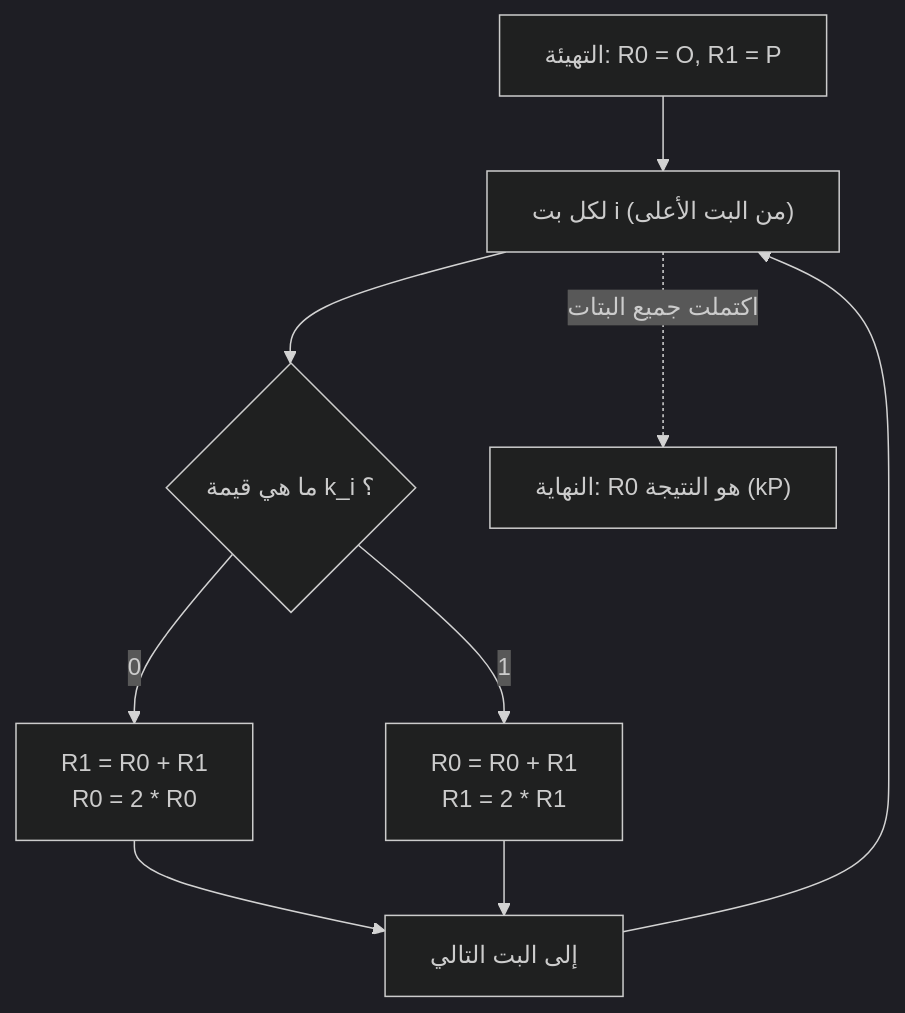
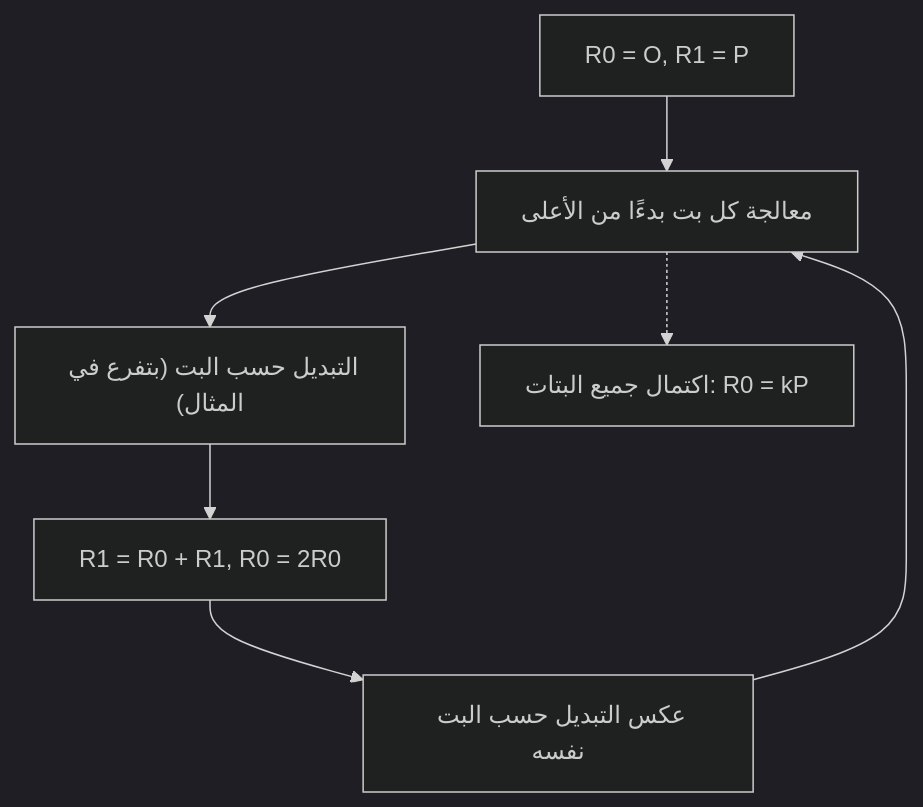
Before and after one commit to kenjinote/blog: the second of 3 diagrams in content/post/楕円曲線暗号の数学的基礎とcppでの実装/index.ar.md, drawn with Mermaid (dark theme). The commit also changed other lines of this file and 6 other files, not shown here.

````diff
--- a/content/post/楕円曲線暗号の数学的基礎とcppでの実装/index.ar.md
+++ b/content/post/楕円曲線暗号の数学的基礎とcppでの実装/index.ar.md
@@ -252,14 +106,9 @@
 ```mermaid
 graph TD
-    Start["التهيئة: R0 = O, R1 = P"] --> LoopStart["لكل بت i (من البت الأعلى)"]
-    LoopStart --> Cond{"ما هي قيمة k_i ؟"}
-    
-    Cond -->|"0"| Branch0["R1 = R0 + R1<br>R0 = 2 * R0"]
-    Cond -->|"1"| Branch1["R0 = R0 + R1<br>R1 = 2 * R1"]
-    
-    Branch0 --> LoopEnd["إلى البت التالي"]
-    Branch1 --> LoopEnd
-    
-    LoopEnd --> LoopStart
-    LoopStart -.->|"اكتملت جميع البتات"| End["النهاية: R0 هو النتيجة (kP)"]
+    A["R0 = O, R1 = P"] --> B["معالجة كل بت بدءًا من الأعلى"]
+    B --> C["التبديل حسب البت (بتفرع في المثال)"]
+    C --> D["R1 = R0 + R1, R0 = 2R0"]
+    D --> E["عكس التبديل حسب البت نفسه"]
+    E --> B
+    B -.-> F["اكتمال جميع البتات: R0 = kP"]
 ```
````
